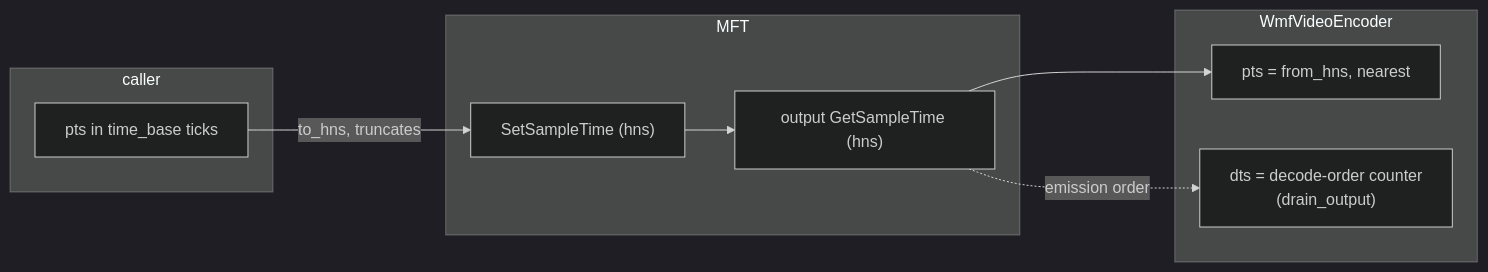
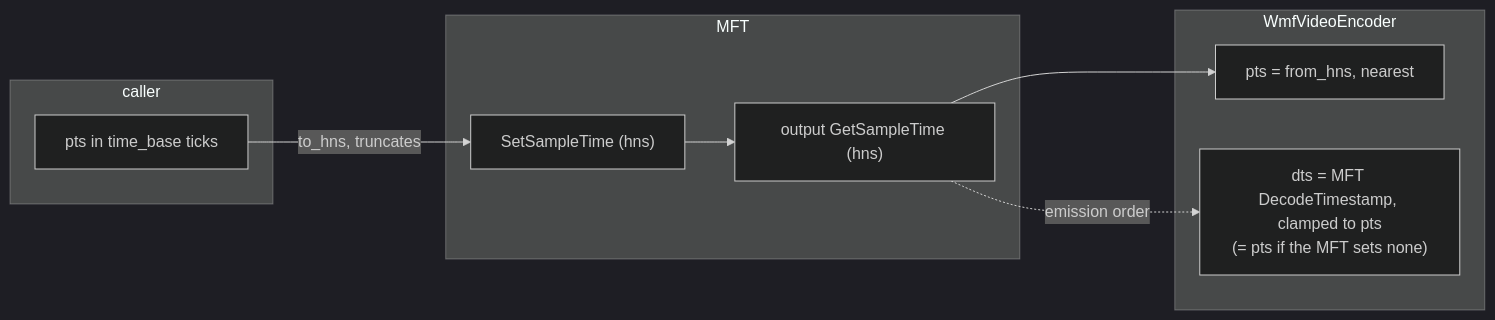
Before and after one commit to nyxways/mediaway: the diagram in docs/ai/wiki/platform/windows-timestamps.md, drawn with Mermaid (dark theme). The commit also changed 44 other files, not shown here.

First line of the commit message:
docs: refresh stale README, wiki and roadmap docs after v0.1.8

````diff
--- a/docs/ai/wiki/platform/windows-timestamps.md
+++ b/docs/ai/wiki/platform/windows-timestamps.md
@@ -12,16 +12,16 @@
 ```mermaid
 flowchart LR
   subgraph caller
     A["pts in time_base ticks"]
   end
   subgraph wmf["MFT"]
     B["SetSampleTime (hns)"]
     C["output GetSampleTime (hns)"]
   end
   subgraph encoder["WmfVideoEncoder"]
     D["pts = from_hns, nearest"]
-    E["dts = decode-order counter<br/>(drain_output)"]
+    E["dts = MFT DecodeTimestamp, clamped to pts<br/>(= pts if the MFT sets none)"]
   end
   A -->|to_hns, truncates| B --> C --> D
   C -.->|emission order| E
 ```
````
